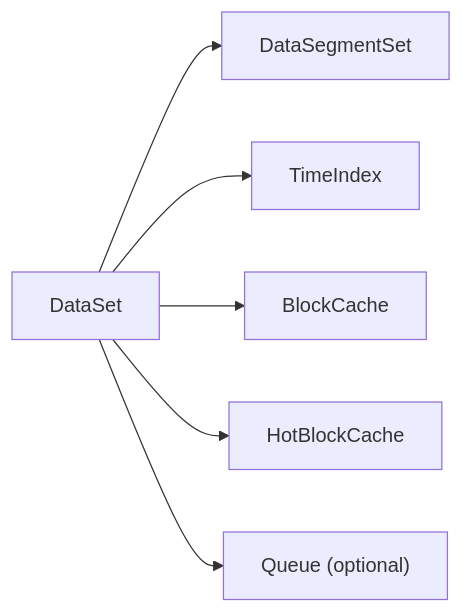
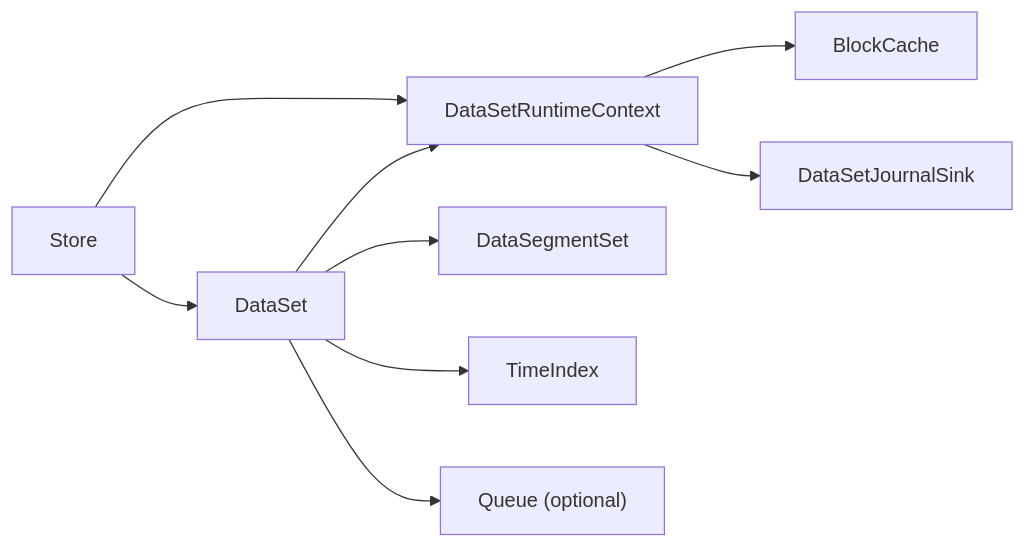
Before and after one commit to snower/timslite: the fifth of 5 diagrams in .qoder/repowiki/en/content/API Reference/Rust API/Dataset Operations.md, drawn with Mermaid. The commit also changed other lines of this file and 35 other files, not shown here.

````diff
--- a/.qoder/repowiki/en/content/API Reference/Rust API/Dataset Operations.md
+++ b/.qoder/repowiki/en/content/API Reference/Rust API/Dataset Operations.md
@@ -349,8 +393,11 @@
 ```mermaid
 graph LR
-DS["DataSet"] --> DSS["DataSegmentSet"]
+Store["Store"] --> DS["DataSet"]
+Store --> RTC["DataSetRuntimeContext"]
+DS --> DSS["DataSegmentSet"]
 DS --> TI["TimeIndex"]
-DS --> BC["BlockCache"]
-DS --> HBC["HotBlockCache"]
+DS --> RTC
+RTC --> BC["BlockCache"]
+RTC --> JS["DataSetJournalSink"]
 DS --> Q["Queue (optional)"]
 ```
````
